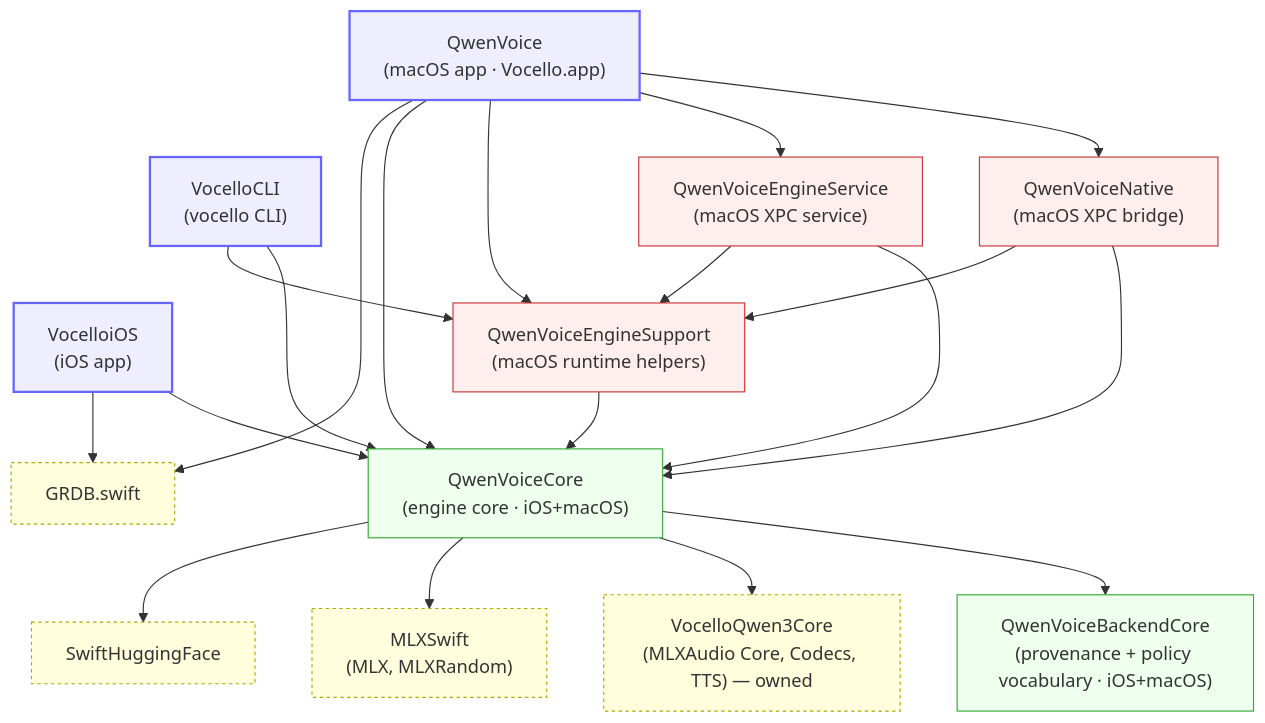
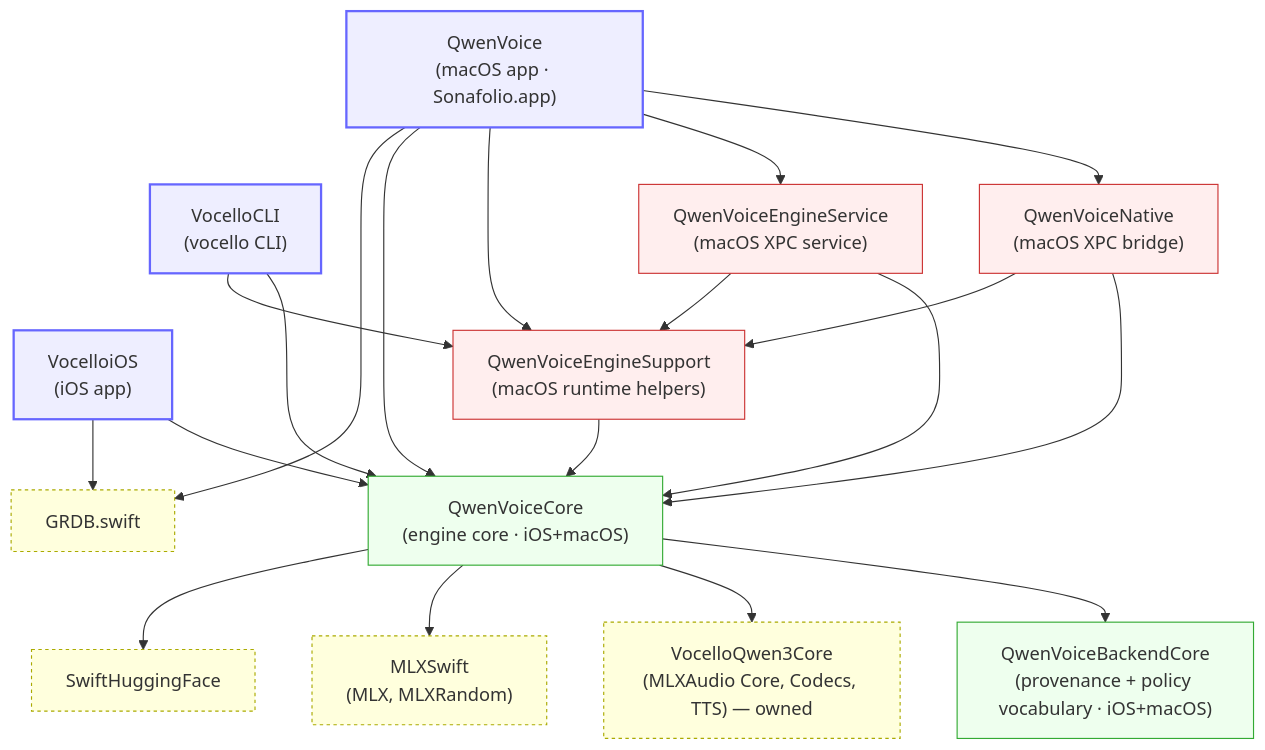
One commit to RononChen/QwenVoice changed the first of 5 diagrams in docs/ARCHITECTURE.md. Above: the diagram before and after it, drawn with Mermaid. The commit also changed other lines of this file and 73 other files, not shown here.

````diff
--- a/docs/ARCHITECTURE.md
+++ b/docs/ARCHITECTURE.md
@@ -44,45 +44,45 @@
 ```mermaid
 graph TD
     classDef app fill:#eef,stroke:#66f,stroke-width:2px;
     classDef fw fill:#efe,stroke:#3a3;
     classDef macfw fill:#fee,stroke:#c33;
     classDef spm fill:#ffd,stroke:#aa0,stroke-dasharray:3 3;
 
-    QwenVoice["QwenVoice<br/>(macOS app · Vocello.app)"]:::app
+    QwenVoice["QwenVoice<br/>(macOS app · Sonafolio.app)"]:::app
     VocelloiOS["VocelloiOS<br/>(iOS app)"]:::app
     VocelloCLI["VocelloCLI<br/>(vocello CLI)"]:::app
 
     QwenVoiceNative["QwenVoiceNative<br/>(macOS XPC bridge)"]:::macfw
     QwenVoiceEngineService["QwenVoiceEngineService<br/>(macOS XPC service)"]:::macfw
     QwenVoiceEngineSupport["QwenVoiceEngineSupport<br/>(macOS runtime helpers)"]:::macfw
     QwenVoiceCore["QwenVoiceCore<br/>(engine core · iOS+macOS)"]:::fw
     QwenVoiceBackendCore["QwenVoiceBackendCore<br/>(provenance + policy vocabulary · iOS+macOS)"]:::fw
 
     GRDB["GRDB.swift"]:::spm
     MLXAudio["VocelloQwen3Core<br/>(MLXAudio Core, Codecs, TTS) — owned"]:::spm
     MLXSwift["MLXSwift<br/>(MLX, MLXRandom)"]:::spm
     SwiftHuggingFace["SwiftHuggingFace"]:::spm
 
     QwenVoice --> QwenVoiceNative
     QwenVoice --> QwenVoiceEngineService
     QwenVoice --> QwenVoiceEngineSupport
     QwenVoice --> QwenVoiceCore
     QwenVoice --> GRDB
 
     VocelloiOS --> QwenVoiceCore
     VocelloiOS --> GRDB
 
     VocelloCLI --> QwenVoiceCore
     VocelloCLI --> QwenVoiceEngineSupport
 
     QwenVoiceNative --> QwenVoiceCore
     QwenVoiceNative --> QwenVoiceEngineSupport
     QwenVoiceEngineService --> QwenVoiceCore
     QwenVoiceEngineService --> QwenVoiceEngineSupport
     QwenVoiceEngineSupport --> QwenVoiceCore
     QwenVoiceCore --> QwenVoiceBackendCore
 
     QwenVoiceCore --> MLXAudio
     QwenVoiceCore --> MLXSwift
     QwenVoiceCore --> SwiftHuggingFace
 ```
````
